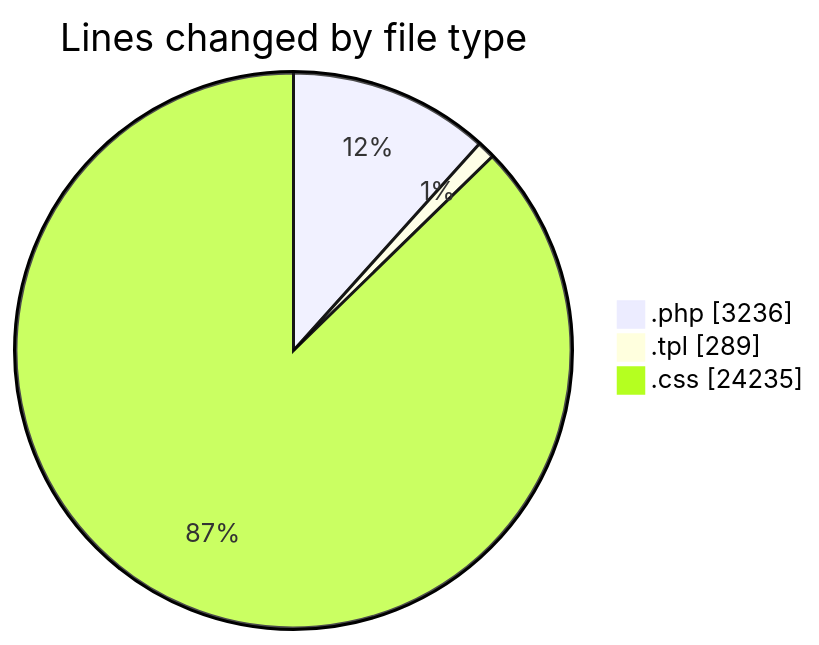
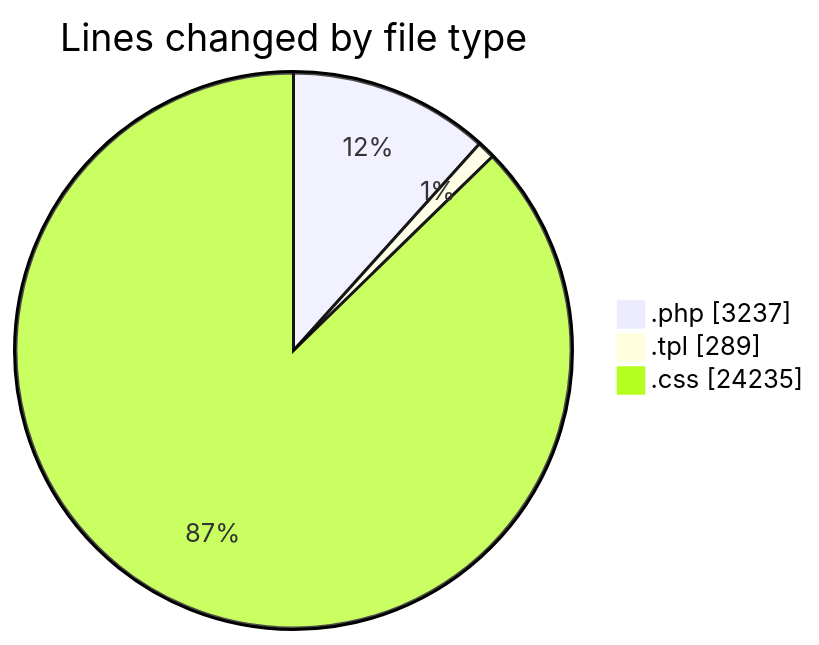
One commit to vahidmafi/code-tracking changed the first of 2 diagrams in 2025-04-18/zeytoon/README.md. Above: the diagram before and after it, drawn with Mermaid. The commit also changed other lines of this file and 1 other file, not shown here.

````diff
--- a/2025-04-18/zeytoon/README.md
+++ b/2025-04-18/zeytoon/README.md
@@ -26,7 +26,7 @@
 ```mermaid
 pie showData
 title Lines changed by file type
-".php" : 3236
+".php" : 3237
 ".tpl" : 289
 ".css" : 24235
 ```
````
